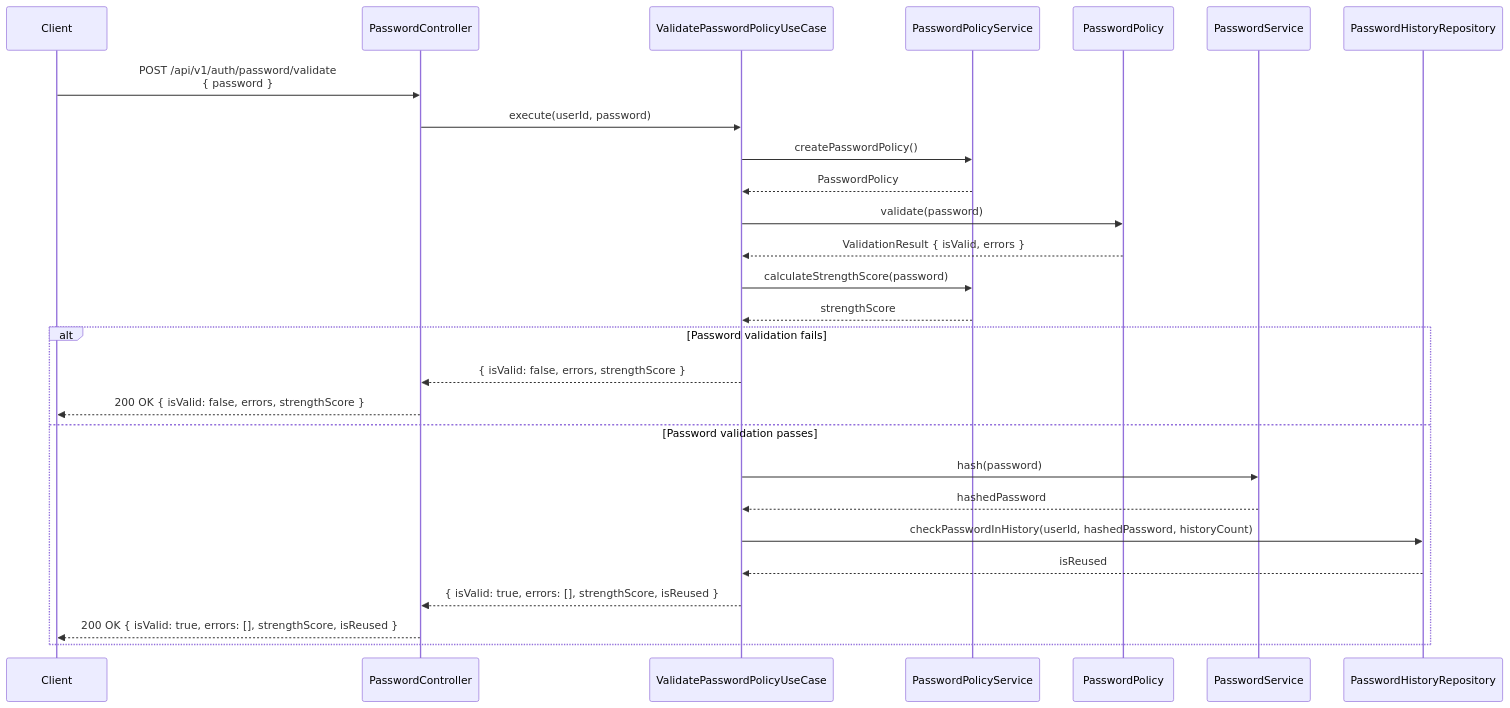
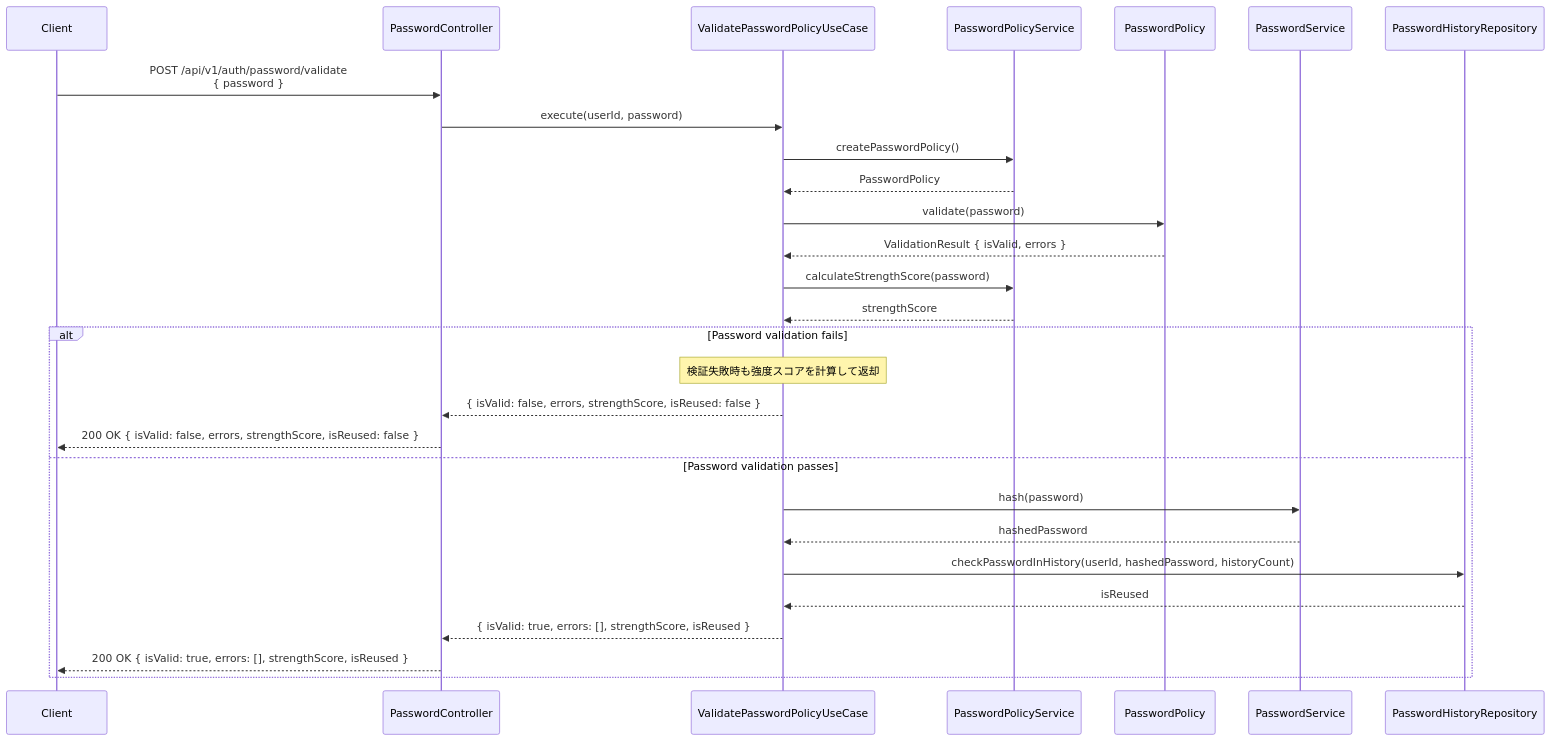
Before and after one commit to kencom2400/MrWebDefence-Console: the second of 3 diagrams in docs/detailed-design/MWD-32_password-policy-implementation/sequence-diagrams.md, drawn with Mermaid. The commit also changed 3 other files, not shown here.

````diff
--- a/docs/detailed-design/MWD-32_password-policy-implementation/sequence-diagrams.md
+++ b/docs/detailed-design/MWD-32_password-policy-implementation/sequence-diagrams.md
@@ -61,36 +61,37 @@
 ```mermaid
 sequenceDiagram
     participant Client
     participant PasswordController
     participant ValidatePasswordPolicyUseCase
     participant PasswordPolicyService
     participant PasswordPolicy
     participant PasswordService
     participant PasswordHistoryRepository
 
     Client->>PasswordController: POST /api/v1/auth/password/validate<br/>{ password }
     PasswordController->>ValidatePasswordPolicyUseCase: execute(userId, password)
     
     ValidatePasswordPolicyUseCase->>PasswordPolicyService: createPasswordPolicy()
     PasswordPolicyService-->>ValidatePasswordPolicyUseCase: PasswordPolicy
     
     ValidatePasswordPolicyUseCase->>PasswordPolicy: validate(password)
     PasswordPolicy-->>ValidatePasswordPolicyUseCase: ValidationResult { isValid, errors }
     
     ValidatePasswordPolicyUseCase->>PasswordPolicyService: calculateStrengthScore(password)
     PasswordPolicyService-->>ValidatePasswordPolicyUseCase: strengthScore
     
     alt Password validation fails
-        ValidatePasswordPolicyUseCase-->>PasswordController: { isValid: false, errors, strengthScore }
-        PasswordController-->>Client: 200 OK { isValid: false, errors, strengthScore }
+        Note over ValidatePasswordPolicyUseCase: 検証失敗時も強度スコアを計算して返却
+        ValidatePasswordPolicyUseCase-->>PasswordController: { isValid: false, errors, strengthScore, isReused: false }
+        PasswordController-->>Client: 200 OK { isValid: false, errors, strengthScore, isReused: false }
     else Password validation passes
         ValidatePasswordPolicyUseCase->>PasswordService: hash(password)
         PasswordService-->>ValidatePasswordPolicyUseCase: hashedPassword
         
         ValidatePasswordPolicyUseCase->>PasswordHistoryRepository: checkPasswordInHistory(userId, hashedPassword, historyCount)
         PasswordHistoryRepository-->>ValidatePasswordPolicyUseCase: isReused
         
         ValidatePasswordPolicyUseCase-->>PasswordController: { isValid: true, errors: [], strengthScore, isReused }
         PasswordController-->>Client: 200 OK { isValid: true, errors: [], strengthScore, isReused }
     end
 ```
````
